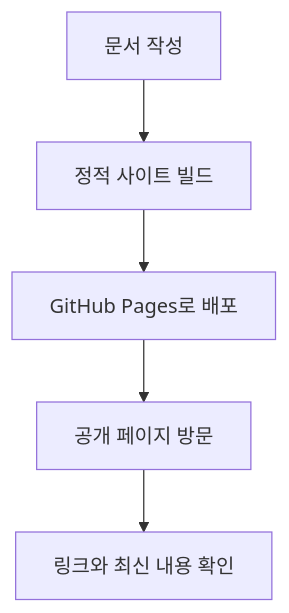
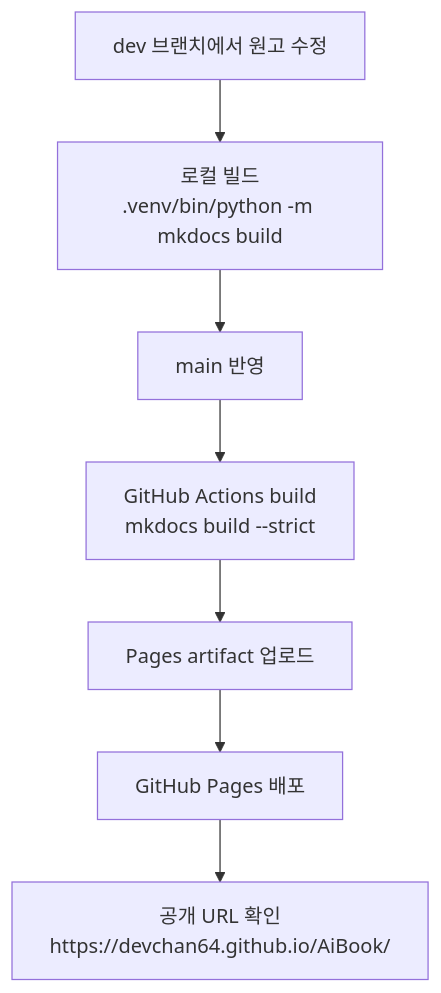
One commit to devchan64/AiBook changed the diagram in docs/parts/part-07/chapter-07/section-01.md. Above: the diagram before and after it, drawn with Mermaid. The commit also changed other lines of this file and 136 other files, not shown here.

````diff
--- a/docs/parts/part-07/chapter-07/section-01.md
+++ b/docs/parts/part-07/chapter-07/section-01.md
@@ -64,10 +62,12 @@
 ```mermaid
 flowchart TD
-  A["문서 작성"]
-  B["정적 사이트 빌드"]
-  C["GitHub Pages로 배포"]
-  D["공개 페이지 방문"]
-  E["링크와 최신 내용 확인"]
+  A["dev 브랜치에서 원고 수정"]
+  B["로컬 빌드<br/>.venv/bin/python -m mkdocs build"]
+  C["main 반영"]
+  D["GitHub Actions build<br/>mkdocs build --strict"]
+  E["Pages artifact 업로드"]
+  F["GitHub Pages 배포"]
+  G["공개 URL 확인<br/>https://devchan64.github.io/AiBook/"]
 
-  A --> B --> C --> D --> E
+  A --> B --> C --> D --> E --> F --> G
 ```
````
